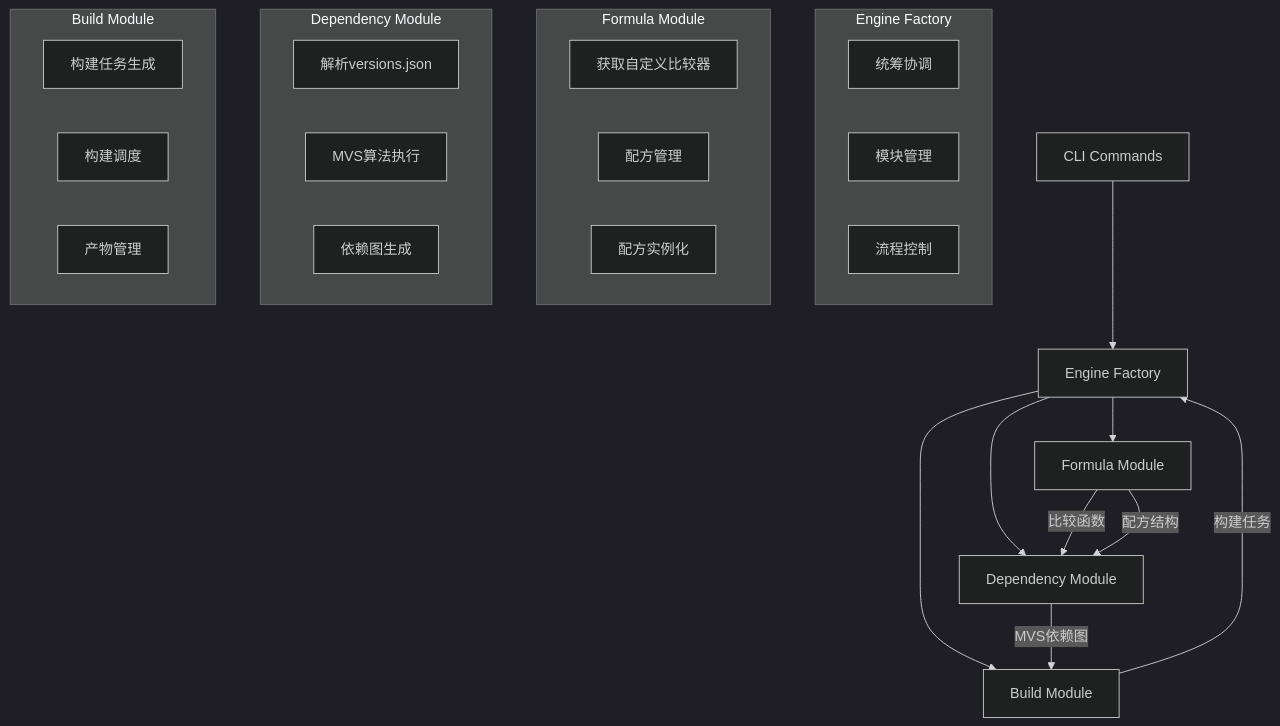
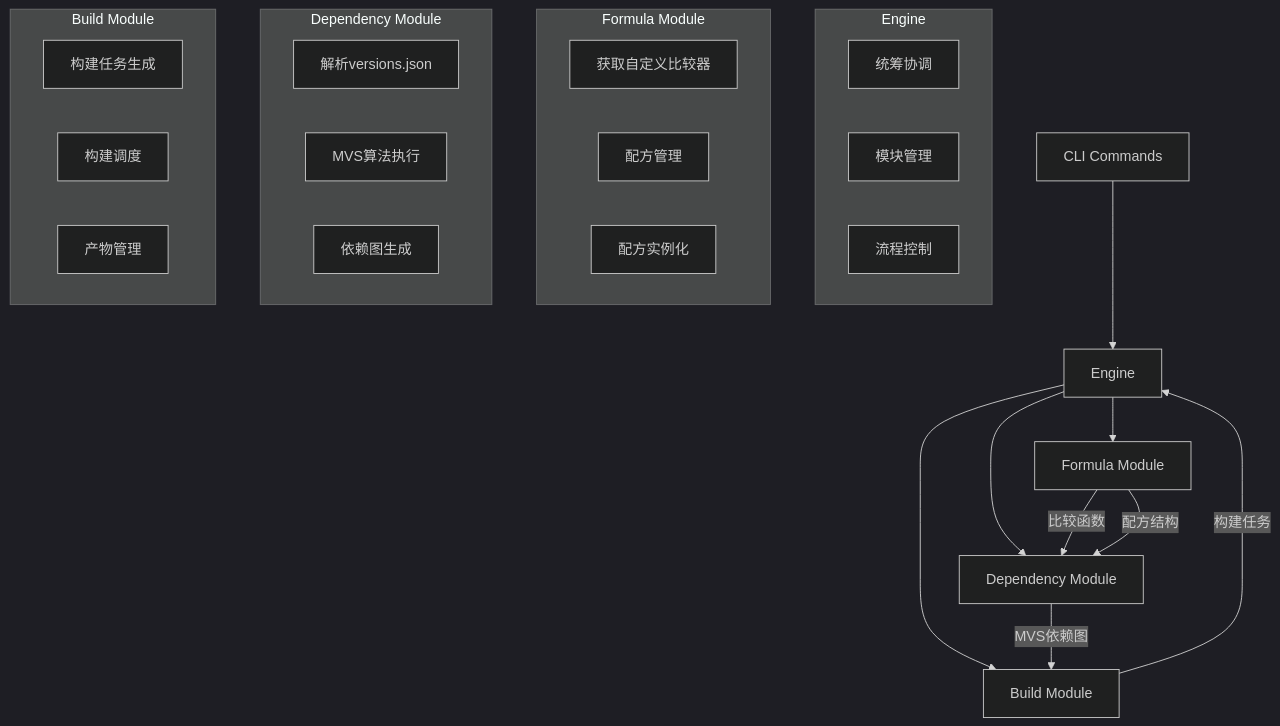
Before and after one commit to goplus/llar: the diagram in CLAUDE.md, drawn with Mermaid (dark theme). The commit also changed other lines of this file and 2 other files, not shown here.

````diff
--- a/CLAUDE.md
+++ b/CLAUDE.md
@@ -31,37 +31,37 @@
 ```mermaid
 graph TD
-A[CLI Commands] --> E[Engine Factory]
+A[CLI Commands] --> E[Engine]
 
 E --> F[Formula Module]
 E --> D[Dependency Module]
 E --> B[Build Module]
 
 F --> |比较函数| D
 F --> |配方结构| D
 D --> |MVS依赖图| B
 B --> |构建任务| E
 
-subgraph "Engine Factory"
+subgraph "Engine"
     E1[统筹协调]
     E2[模块管理]
     E3[流程控制]
 end
 
 subgraph "Formula Module"
     F1[获取自定义比较器]
     F2[配方管理]
     F3[配方实例化]
 end
 
 subgraph "Dependency Module"
     D1[解析versions.json]
     D2[MVS算法执行]
     D3[依赖图生成]
 end
 
 subgraph "Build Module"
     B1[构建任务生成]
     B2[构建调度]
     B3[产物管理]
 end
 ```
````
